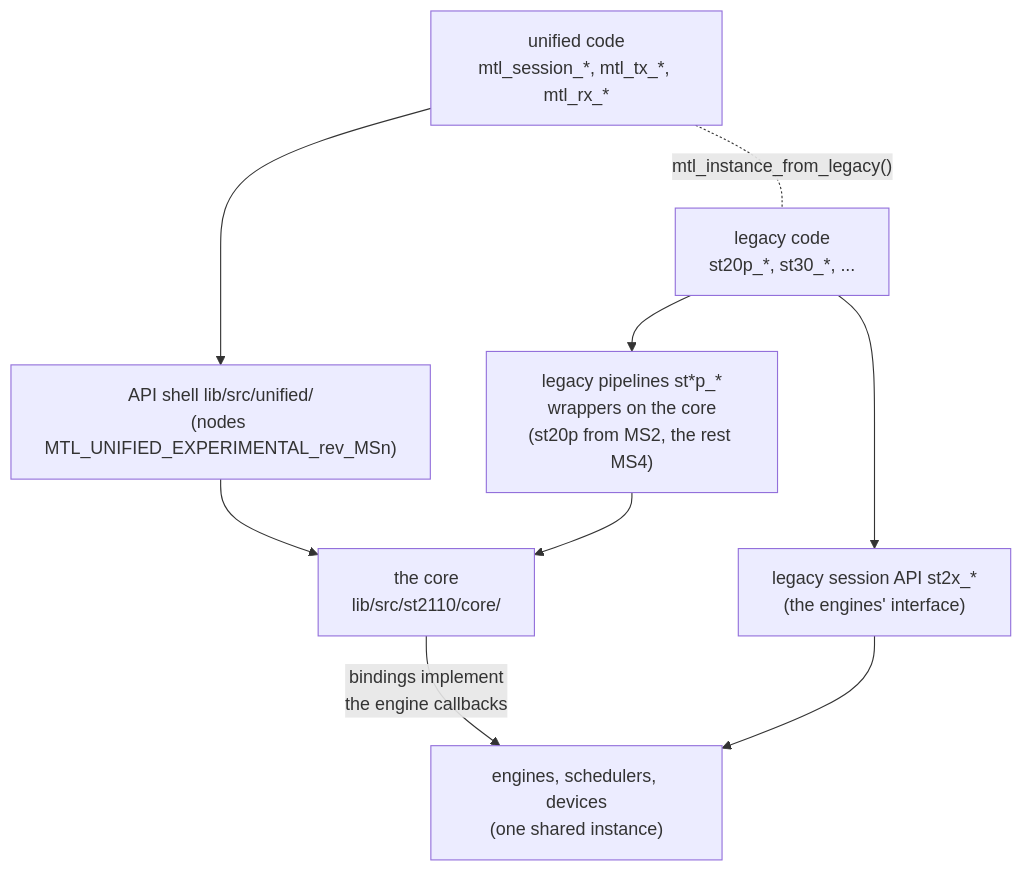
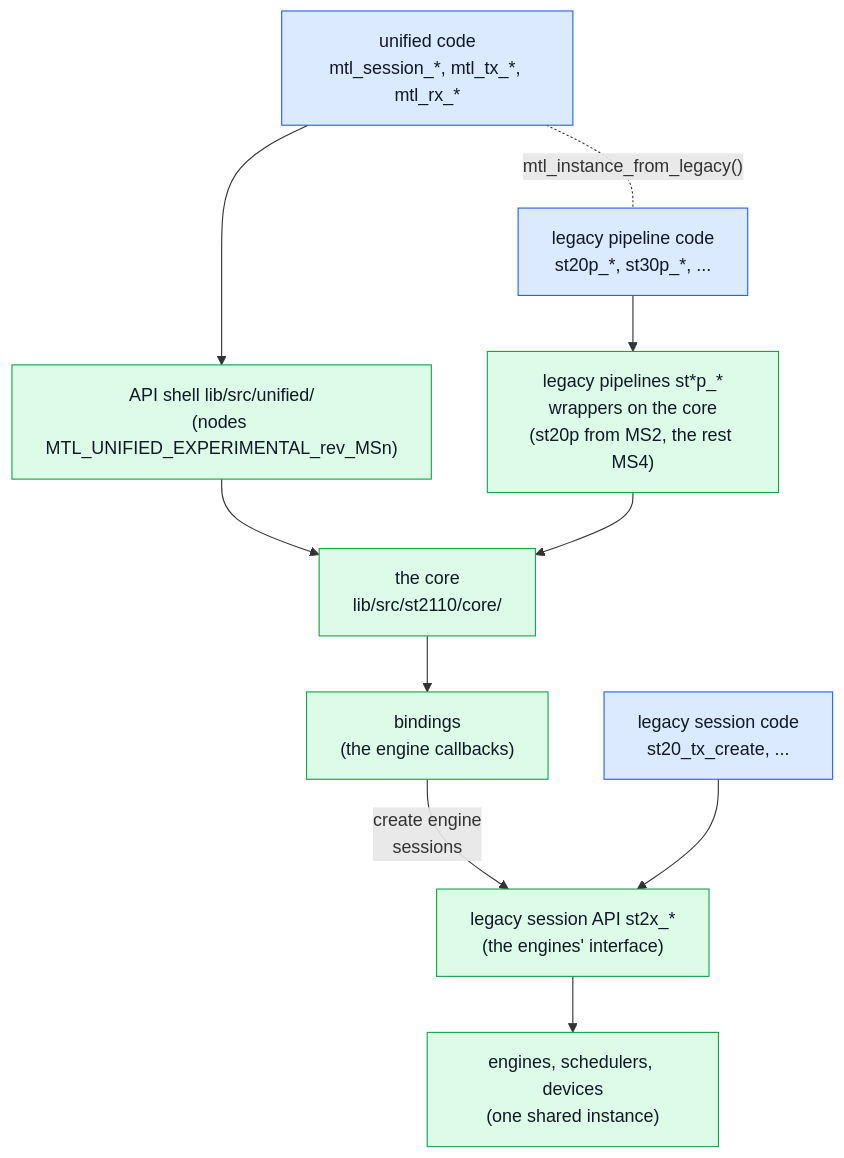
Before and after one commit to Sakoram/Media-Transport-Library: the first of 6 diagrams in doc/unified-api/migration.md, drawn with Mermaid. The commit also changed other lines of this file and 15 other files, not shown here.

First line of the commit message:
Docs: Move the unified API diagrams into their topic documents

````diff
--- a/doc/unified-api/migration.md
+++ b/doc/unified-api/migration.md
@@ -759,11 +760,17 @@
 ```mermaid
 flowchart TB
-    A["legacy code<br/>st20p_*, st30_*, ..."] --> LP["legacy pipelines st*p_*<br/>wrappers on the core<br/>(st20p from MS2, the rest MS4)"]
-    A --> LS["legacy session API st2x_*<br/>(the engines' interface)"]
-    B["unified code<br/>mtl_session_*, mtl_tx_*, mtl_rx_*"] --> U["API shell lib/src/unified/<br/>(nodes MTL_UNIFIED_EXPERIMENTAL_rev_MSn)"]
-    U --> C["the core<br/>lib/src/st2110/core/"]
-    LP --> C
-    C -->|"bindings implement<br/>the engine callbacks"| E["engines, schedulers, devices<br/>(one shared instance)"]
-    LS --> E
-    B -. "mtl_instance_from_legacy()" .- A
+    UA["unified code<br/>mtl_session_*, mtl_tx_*, mtl_rx_*"]:::app
+    LA["legacy pipeline code<br/>st20p_*, st30p_*, ..."]:::app
+    LSA["legacy session code<br/>st20_tx_create, ..."]:::app
+    UA --> SH["API shell lib/src/unified/<br/>(nodes MTL_UNIFIED_EXPERIMENTAL_rev_MSn)"]:::mtl
+    LA --> LW["legacy pipelines st*p_*<br/>wrappers on the core<br/>(st20p from MS2, the rest MS4)"]:::mtl
+    SH --> C["the core<br/>lib/src/st2110/core/"]:::mtl
+    LW --> C
+    C --> B["bindings<br/>(the engine callbacks)"]:::mtl
+    B -->|"create engine<br/>sessions"| LS["legacy session API st2x_*<br/>(the engines' interface)"]:::mtl
+    LSA --> LS
+    LS --> E["engines, schedulers, devices<br/>(one shared instance)"]:::mtl
+    UA -. "mtl_instance_from_legacy()" .- LA
+    classDef app fill:#dbeafe,stroke:#2563eb,color:#111827
+    classDef mtl fill:#dcfce7,stroke:#16a34a,color:#111827
 ```
````
